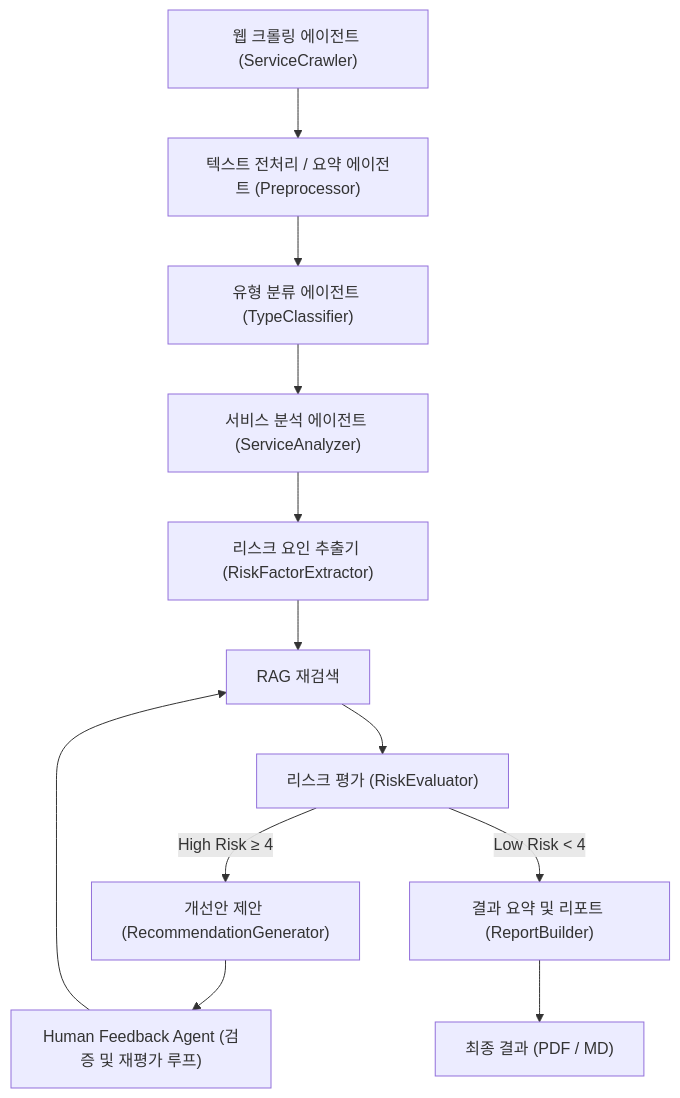
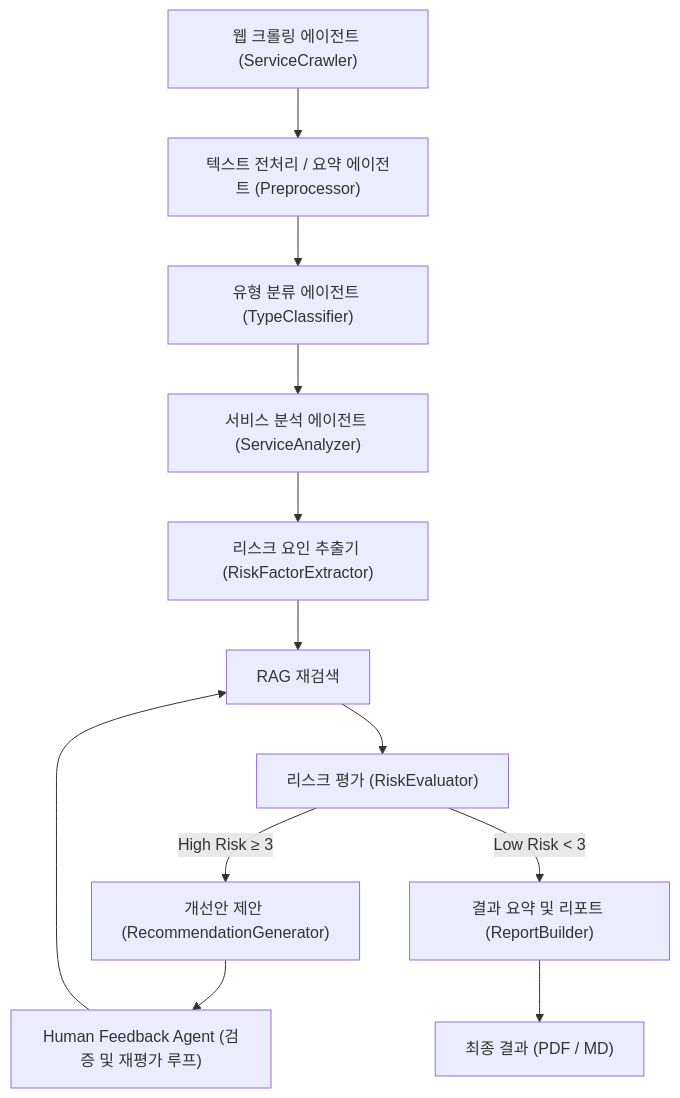
The diagram in README.md (hwiyoon20010309/ai-ethics-audit-agent), drawn with Mermaid before and after one commit. The commit also changed 12 other files, not shown here.

````diff
--- a/README.md
+++ b/README.md
@@ -111,16 +111,16 @@
 ```mermaid
 graph TD
 A["웹 크롤링 에이전트 (ServiceCrawler)"] --> B["텍스트 전처리 / 요약 에이전트 (Preprocessor)"]
 B --> C["유형 분류 에이전트 (TypeClassifier)"]
 C --> D["서비스 분석 에이전트 (ServiceAnalyzer)"]
 D --> E["리스크 요인 추출기 (RiskFactorExtractor)"]
 E --> F["가이드라인 검색 (RAG Retriever)"]
 F --> G["리스크 평가 (RiskEvaluator)"]
 
-G -->|High Risk ≥ 4| H["개선안 제안 (RecommendationGenerator)"]
+G -->|High Risk ≥ 3| H["개선안 제안 (RecommendationGenerator)"]
 H --> I["Human Feedback Agent (검증 및 재평가 루프)"]
 I --> F["RAG 재검색"]
 
-G -->|Low Risk < 4| J["결과 요약 및 리포트 (ReportBuilder)"]
+G -->|Low Risk < 3| J["결과 요약 및 리포트 (ReportBuilder)"]
 J --> K["최종 결과 (PDF / MD)"]
 ```
````
